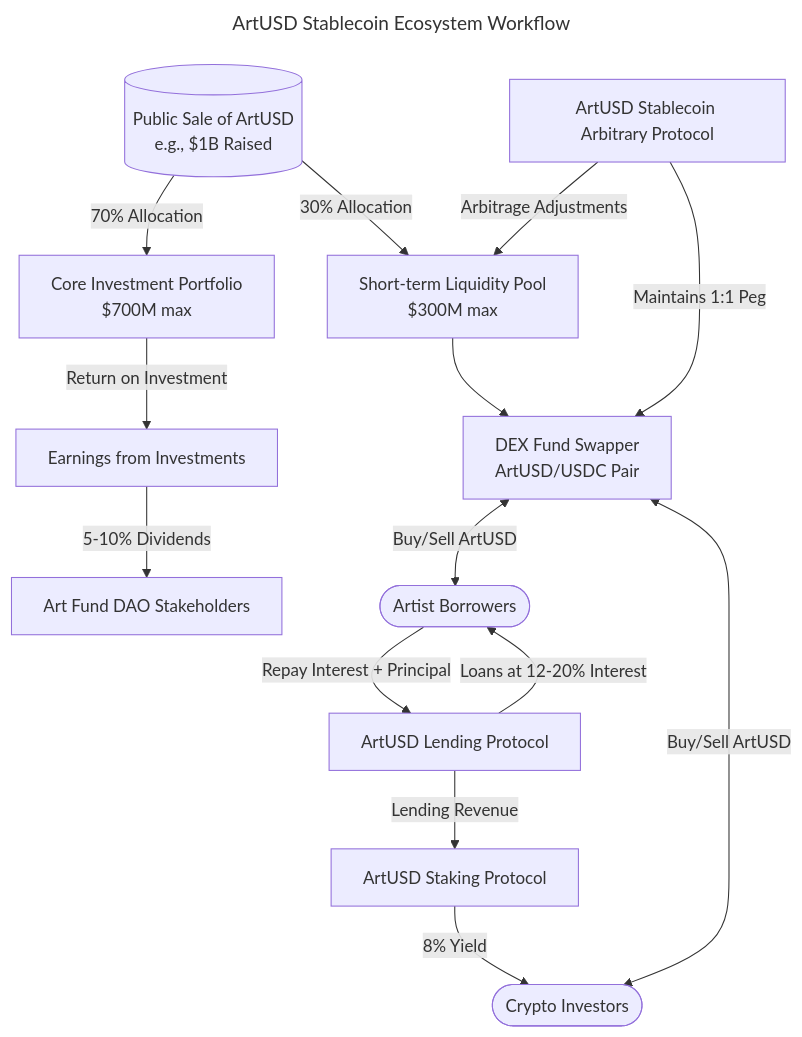
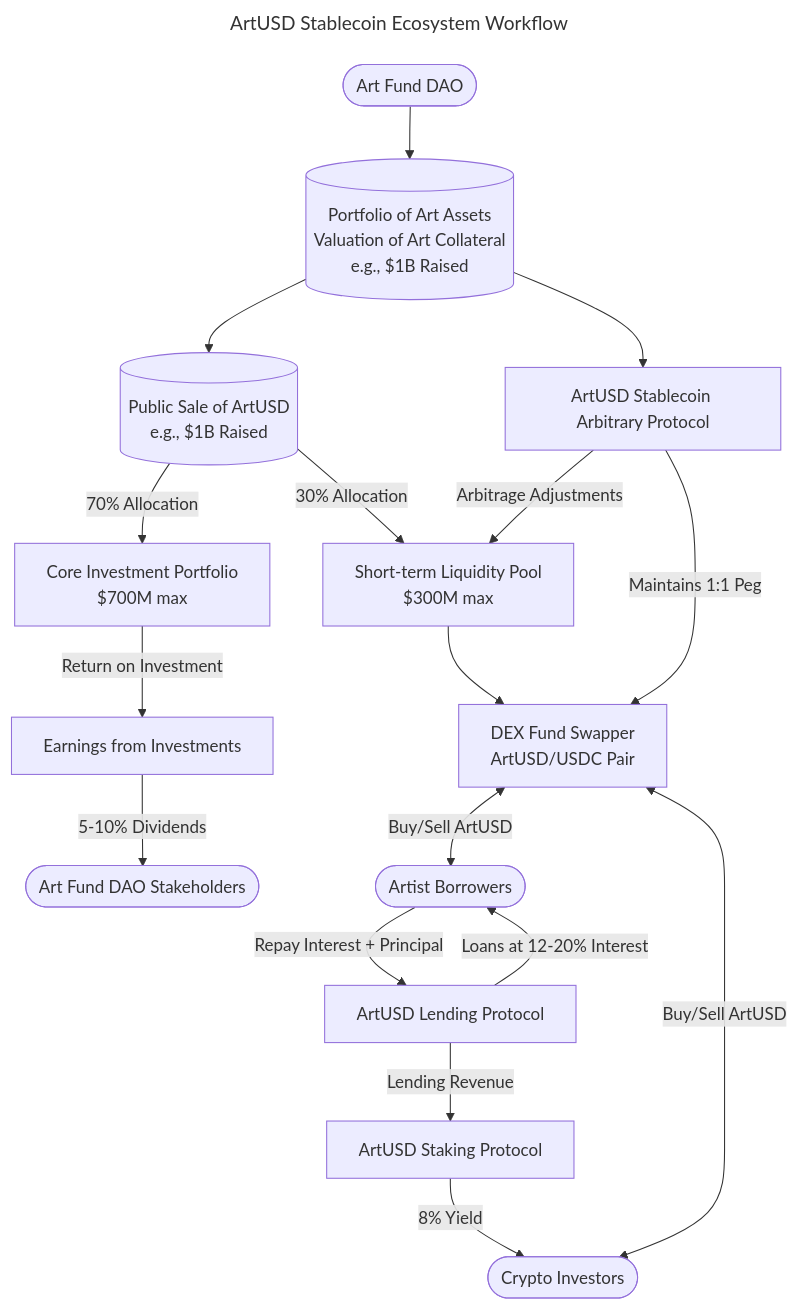
Before and after one commit to realmatterio/ArtUSD: the first of 3 diagrams in ArtUSD Finance Protocol and Workflows.md, drawn with Mermaid.

Commit message:
Update ArtUSD Finance Protocol and Workflows.md

````diff
--- a/ArtUSD Finance Protocol and Workflows.md
+++ b/ArtUSD Finance Protocol and Workflows.md
@@ -3,19 +3,22 @@
 ```mermaid
 ---
 title: ArtUSD Stablecoin Ecosystem Workflow
 ---
 graph TD
     A[(Public Sale of ArtUSD<br>e.g., $1B Raised)] -->|70% Allocation| B[Core Investment Portfolio<br>$700M max]
     A -->|30% Allocation| C[Short-term Liquidity Pool<br>$300M max]
     B -->|Return on Investment| D[Earnings from Investments]
-    D -->|5-10% Dividends| E[Art Fund DAO Stakeholders]
+    D -->|5-10% Dividends| E([Art Fund DAO Stakeholders])
     F[ArtUSD Lending Protocol] -->|Loans at 12-20% Interest| G([Artist Borrowers])
     G -->|Repay Interest + Principal| F
     F -->|Lending Revenue| H[ArtUSD Staking Protocol]
     H -->|8% Yield| I([Crypto Investors])
     C --> J[DEX Fund Swapper<br>ArtUSD/USDC Pair]
     J <-->|Buy/Sell ArtUSD| I
     J <-->|Buy/Sell ArtUSD| G
     K[ArtUSD Stablecoin Arbitrary Protocol] -->|Maintains 1:1 Peg| J
     K -->|Arbitrage Adjustments| C
+    L([Art Fund DAO]) --> M[(Portfolio of Art Assets<br>Valuation of Art Collateral<br>e.g., $1B Raised)]
+    M --> A
+    M --> K 
 ```    
````
